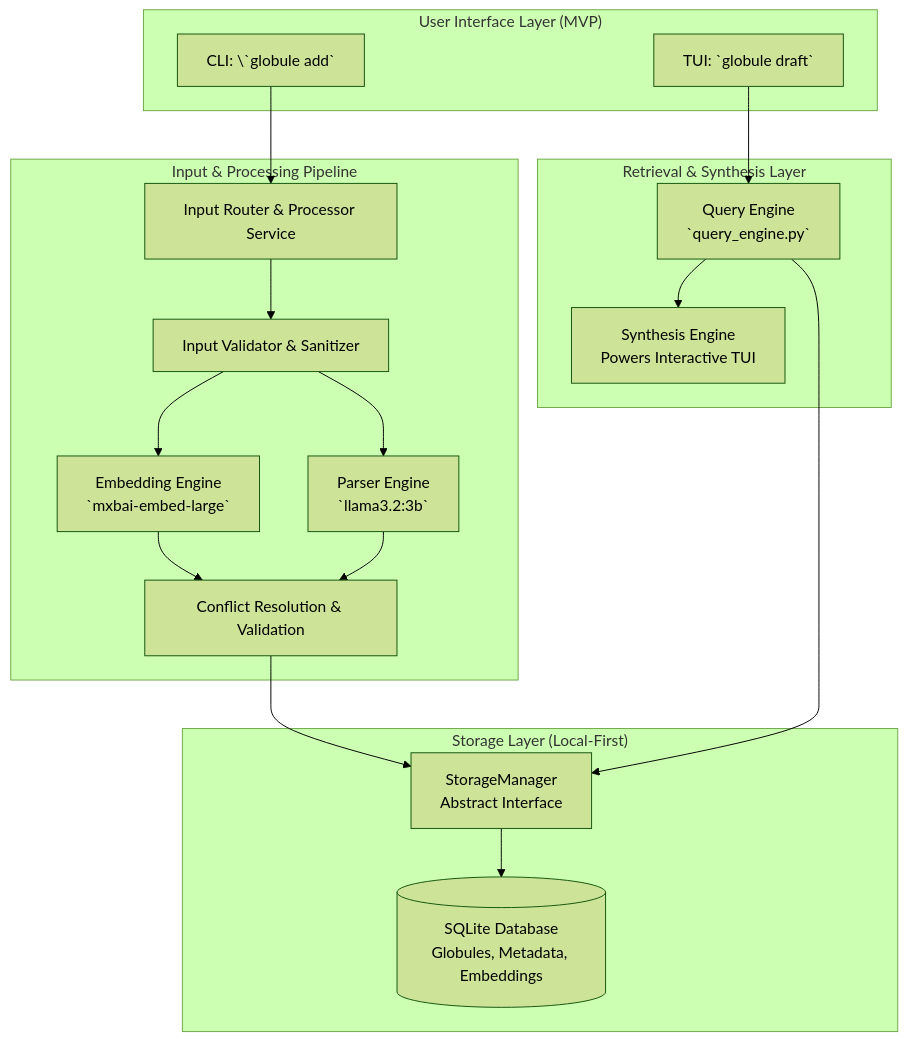
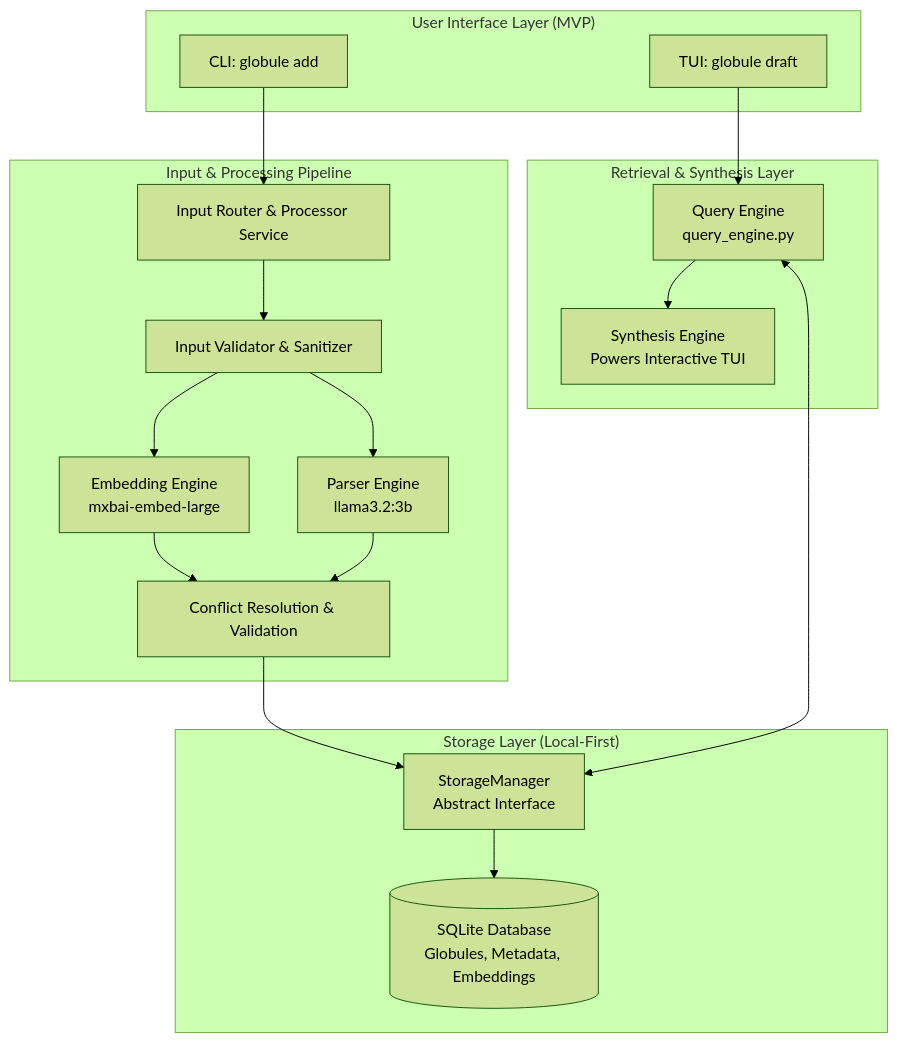
The diagram in 01_High_Level_Design_Document.md (asavschaeffer/headspace), drawn with Mermaid (forest theme) before and after one commit. The commit also changed other lines of this file, not shown here.

````diff
--- a/01_High_Level_Design_Document.md
+++ b/01_High_Level_Design_Document.md
@@ -41,41 +47,41 @@
 ```mermaid
 graph TB
     subgraph "User Interface Layer (MVP)"
-        CLI[CLI: \`globule add`]
-        TUI[TUI: `globule draft`]
+        CLI[CLI: globule add]
+        TUI[TUI: globule draft]
     end
 
     subgraph "Input & Processing Pipeline"
         ROUTER[Input Router & Processor Service]
         VALIDATOR[Input Validator & Sanitizer]
-        EMBED[Embedding Engine<br/>`mxbai-embed-large`]
-        PARSE[Parser Engine<br/>`llama3.2:3b`]
+        EMBED[Embedding Engine<br/>mxbai-embed-large]
+        PARSE[Parser Engine<br/>llama3.2:3b]
         XVAL[Conflict Resolution & Validation]
     end
 
     subgraph "Storage Layer (Local-First)"
         STORAGE[StorageManager<br/>Abstract Interface]
         SQLITE[(SQLite Database<br/>Globules, Metadata, Embeddings)]
     end
 
     subgraph "Retrieval & Synthesis Layer"
-        QUERY[Query Engine<br/>`query_engine.py`]
+        QUERY[Query Engine<br/>query_engine.py]
         SYNTH[Synthesis Engine<br/>Powers Interactive TUI]
     end
 
     CLI --> ROUTER
     TUI --> QUERY
 
     ROUTER --> VALIDATOR
     VALIDATOR --> EMBED
     VALIDATOR --> PARSE
 
     EMBED --> XVAL
     PARSE --> XVAL
 
     XVAL --> STORAGE
     STORAGE --> SQLITE
 
-    QUERY --> STORAGE
+    QUERY<--> STORAGE
     QUERY --> SYNTH
 ```
````
